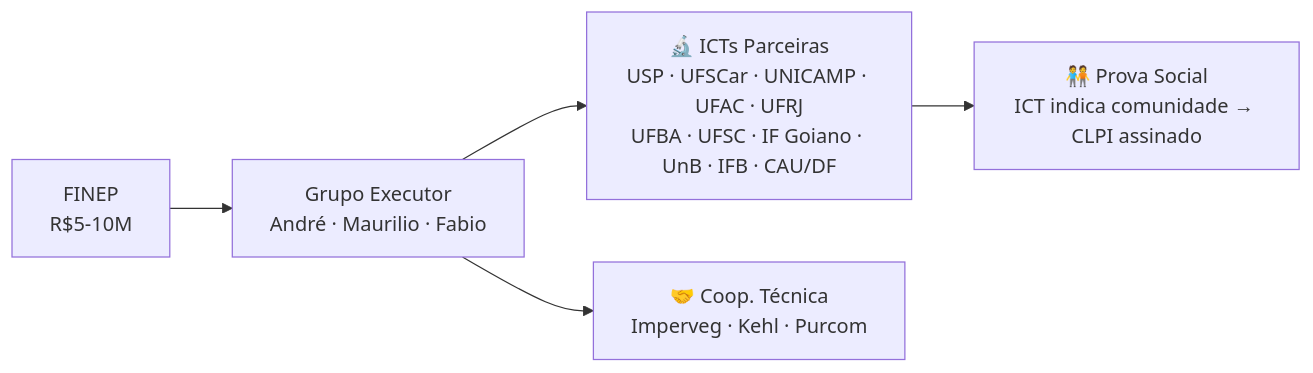
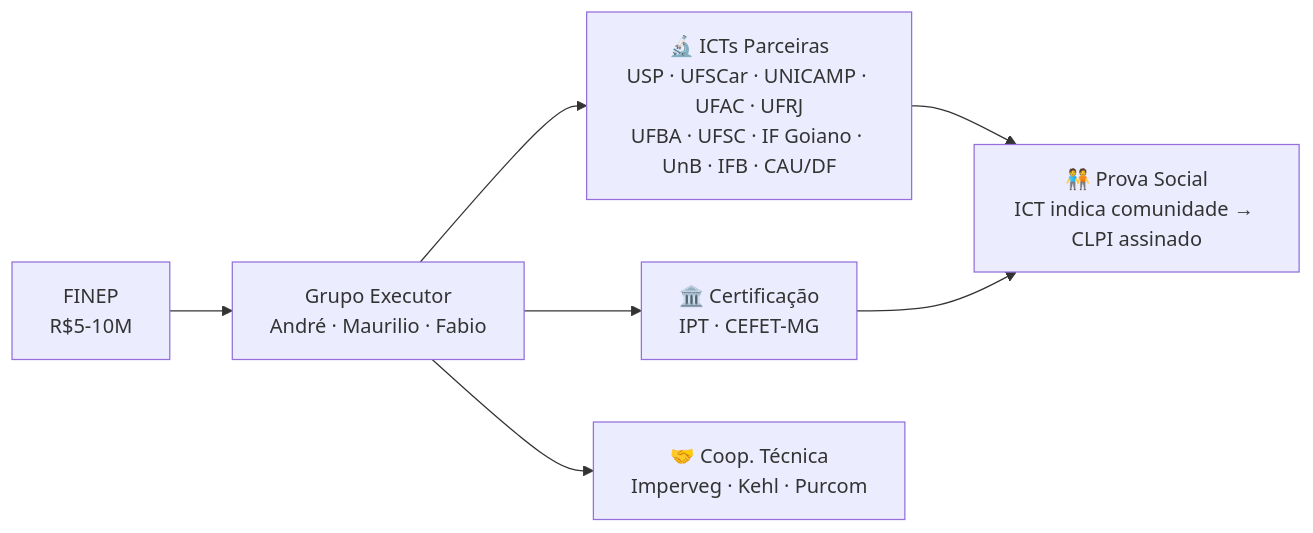
Before and after one commit to takwaratec/fabrica-modelo: the diagram in docs/VISTA_GERAL.md, drawn with Mermaid. The commit also changed other lines of this file, not shown here.

Commit message:
fix: VISTA_GERAL — IPT adicionado ao grafico e lista de cartas

````diff
--- a/docs/VISTA_GERAL.md
+++ b/docs/VISTA_GERAL.md
@@ -10,7 +10,9 @@
 ```mermaid
 graph LR
     FINEP["FINEP<br/>R$5-10M"] --> EXEC["Grupo Executor<br/>André · Maurilio · Fabio"]
     EXEC --> ICTS["🔬 ICTs Parceiras<br/>USP · UFSCar · UNICAMP · UFAC · UFRJ<br/>UFBA · UFSC · IF Goiano · UnB · IFB · CAU/DF"]
+    EXEC --> CERT["🏛️ Certificação<br/>IPT · CEFET-MG"]
     EXEC --> COOP["🤝 Coop. Técnica<br/>Imperveg · Kehl · Purcom"]
     ICTS --> SOCIAL["🧑‍🤝‍🧑 Prova Social<br/>ICT indica comunidade → CLPI assinado"]
+    CERT --> SOCIAL
 ```
````
